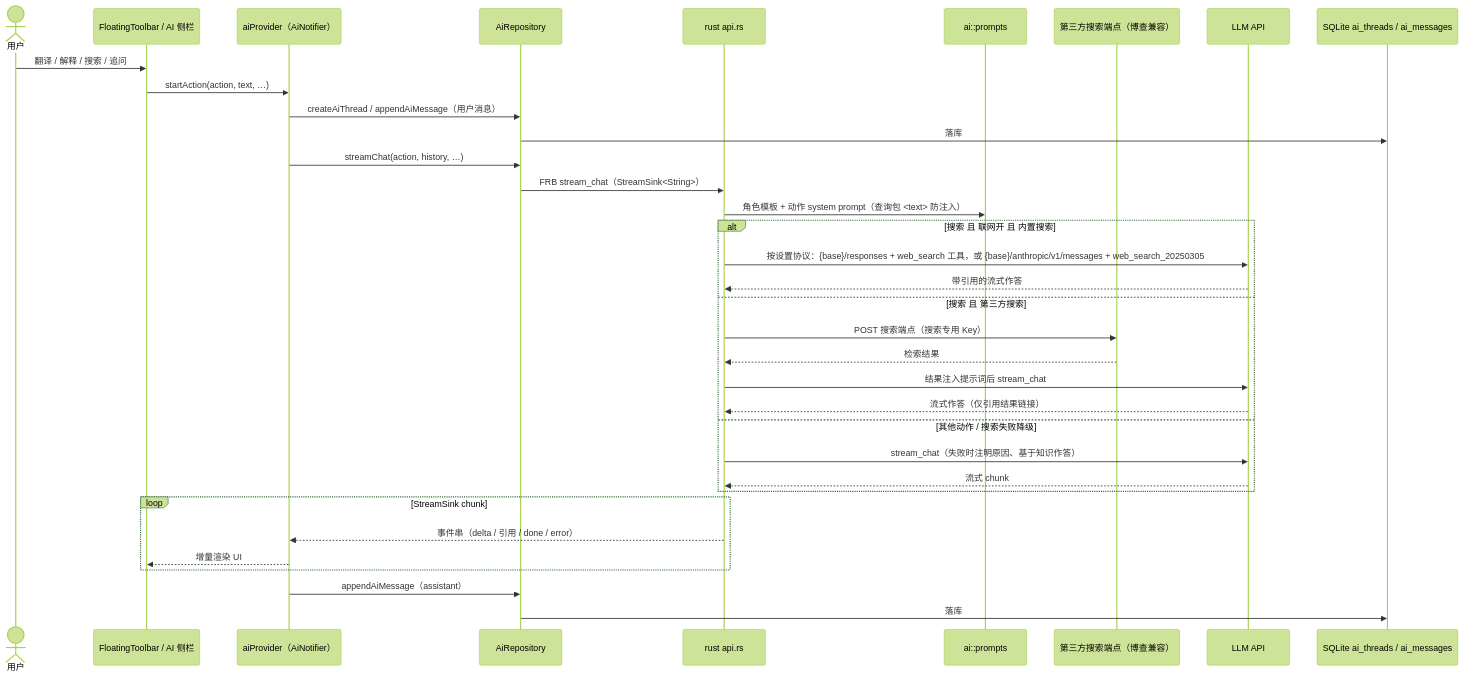
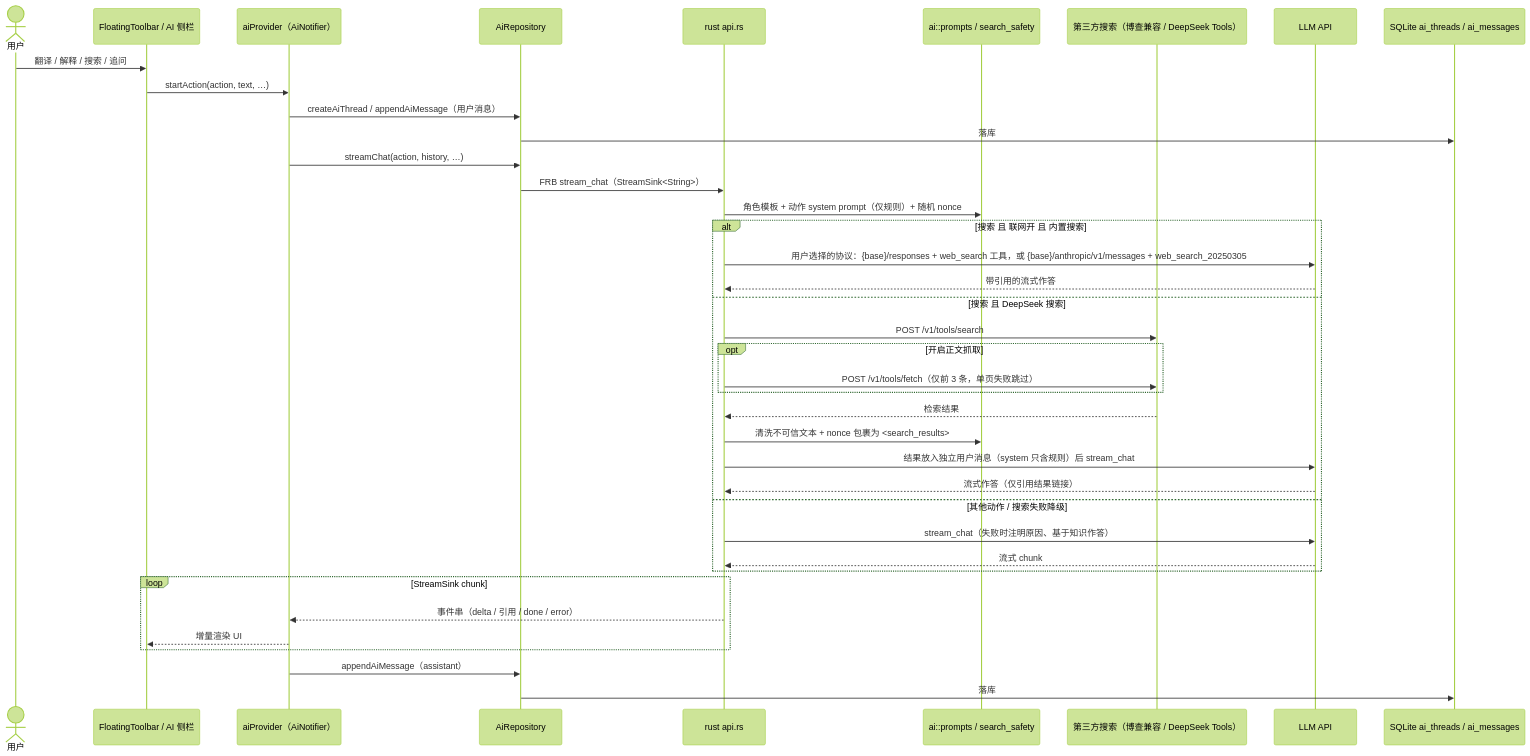
One commit to CSY2569/Zhiyue changed the sixth of 6 diagrams in docs/DIAGRAMS.md. Above: the diagram before and after it, drawn with Mermaid (forest theme). The commit also changed other lines of this file and 72 other files, not shown here.

````diff
--- a/docs/DIAGRAMS.md
+++ b/docs/DIAGRAMS.md
@@ -263,38 +263,42 @@
 ```mermaid
 sequenceDiagram
     actor U as 用户
     participant FT as FloatingToolbar / AI 侧栏
     participant AIP as aiProvider（AiNotifier）
     participant AIR as AiRepository
     participant API as rust api.rs
-    participant PROM as ai::prompts
-    participant WEB as 第三方搜索端点（博查兼容）
+    participant PROM as ai::prompts / search_safety
+    participant WEB as 第三方搜索（博查兼容 / DeepSeek Tools）
     participant LLM as LLM API
     participant DB as SQLite ai_threads / ai_messages
 
     U->>FT: 翻译 / 解释 / 搜索 / 追问
     FT->>AIP: startAction(action, text, …)
     AIP->>AIR: createAiThread / appendAiMessage（用户消息）
     AIR->>DB: 落库
     AIP->>AIR: streamChat(action, history, …)
     AIR->>API: FRB stream_chat（StreamSink<String>）
-    API->>PROM: 角色模板 + 动作 system prompt（查询包 <text> 防注入）
+    API->>PROM: 角色模板 + 动作 system prompt（仅规则）+ 随机 nonce
     alt 搜索 且 联网开 且 内置搜索
-        API->>LLM: 按设置协议：{base}/responses + web_search 工具，或 {base}/anthropic/v1/messages + web_search_20250305
+        API->>LLM: 用户选择的协议：{base}/responses + web_search 工具，或 {base}/anthropic/v1/messages + web_search_20250305
         LLM-->>API: 带引用的流式作答
-    else 搜索 且 第三方搜索
-        API->>WEB: POST 搜索端点（搜索专用 Key）
+    else 搜索 且 DeepSeek 搜索
+        API->>WEB: POST /v1/tools/search
+        opt 开启正文抓取
+            API->>WEB: POST /v1/tools/fetch（仅前 3 条，单页失败跳过）
+        end
         WEB-->>API: 检索结果
-        API->>LLM: 结果注入提示词后 stream_chat
+        API->>PROM: 清洗不可信文本 + nonce 包裹为 <search_results>
+        API->>LLM: 结果放入独立用户消息（system 只含规则）后 stream_chat
         LLM-->>API: 流式作答（仅引用结果链接）
     else 其他动作 / 搜索失败降级
         API->>LLM: stream_chat（失败时注明原因、基于知识作答）
         LLM-->>API: 流式 chunk
     end
     loop StreamSink chunk
         API-->>AIP: 事件串（delta / 引用 / done / error）
         AIP-->>FT: 增量渲染 UI
     end
     AIP->>AIR: appendAiMessage（assistant）
     AIR->>DB: 落库
 ```
````
